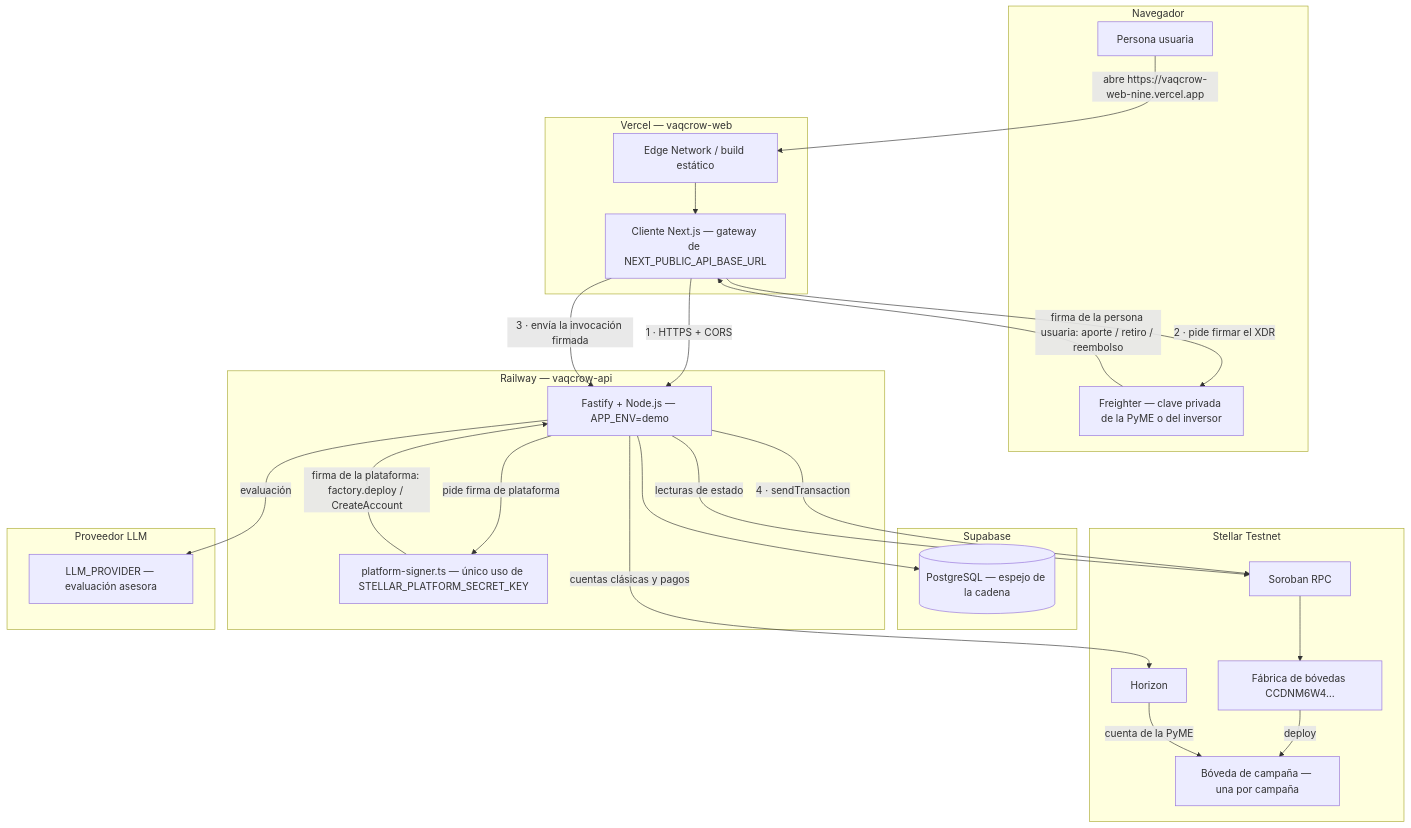
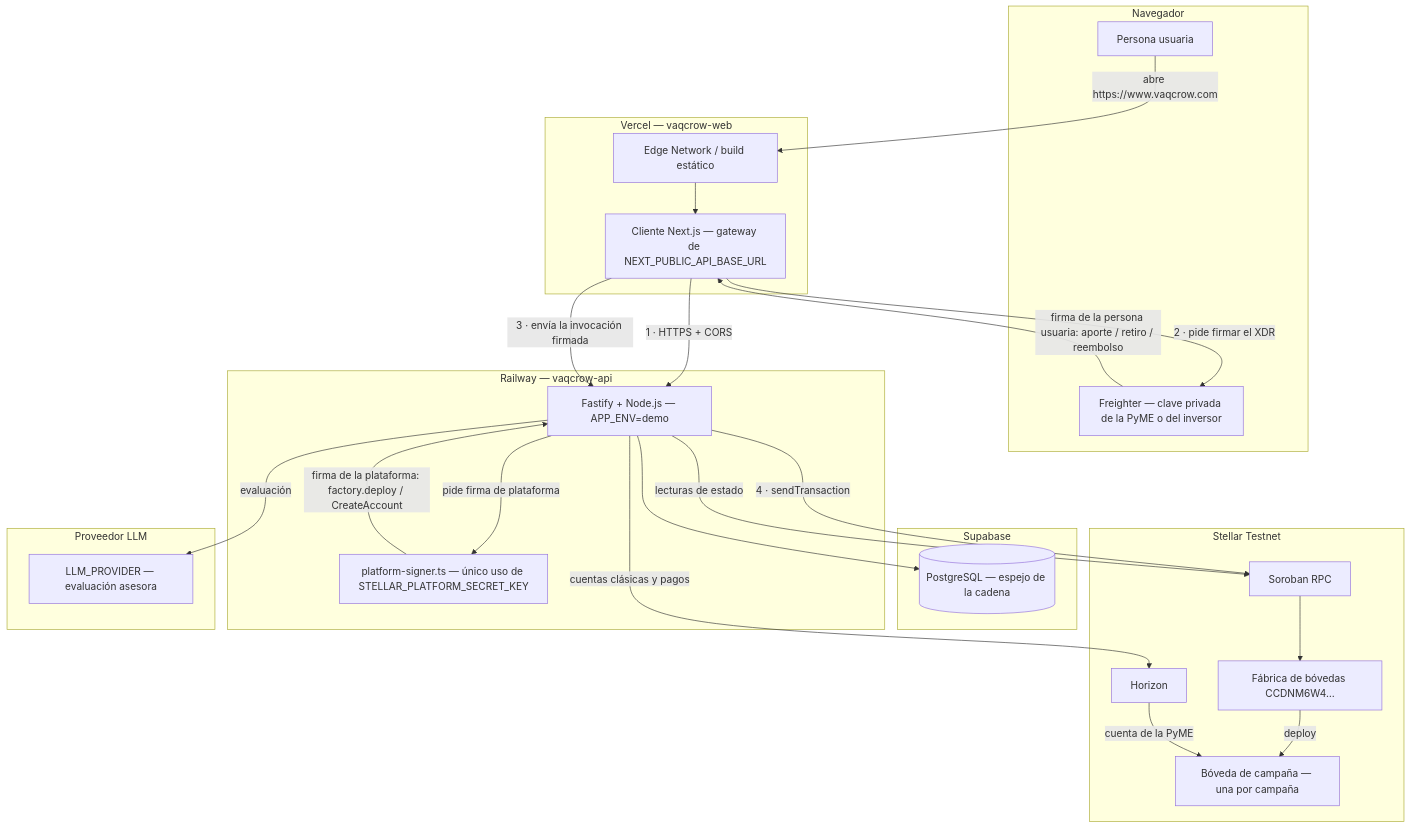
One commit to reyduar/Vaqcrow changed the diagram in docs/architecture/cloud-demo-architecture.md. Above: the diagram before and after it, drawn with Mermaid. The commit also changed other lines of this file and 4 other files, not shown here.

Commit message:
docs(architecture): name www.vaqcrow.com as the canonical web origin (#565)

````diff
--- a/docs/architecture/cloud-demo-architecture.md
+++ b/docs/architecture/cloud-demo-architecture.md
@@ -24,53 +24,53 @@
 ```mermaid
 graph TB
     subgraph "Navegador"
         USER["Persona usuaria"]
         FREIGHTER["Freighter — clave privada de la PyME o del inversor"]
     end
 
     subgraph "Vercel — vaqcrow-web"
         WEB_EDGE["Edge Network / build estático"]
         WEB_CLIENT["Cliente Next.js — gateway de NEXT_PUBLIC_API_BASE_URL"]
     end
 
     subgraph "Railway — vaqcrow-api"
         API["Fastify + Node.js — APP_ENV=demo"]
         SIGNER["platform-signer.ts — único uso de STELLAR_PLATFORM_SECRET_KEY"]
     end
 
     subgraph "Supabase"
         DB[("PostgreSQL — espejo de la cadena")]
     end
 
     subgraph "Stellar Testnet"
         RPC["Soroban RPC"]
         HORIZON["Horizon"]
         FACTORY["Fábrica de bóvedas CCDNM6W4…"]
         VAULT["Bóveda de campaña — una por campaña"]
     end
 
     subgraph "Proveedor LLM"
         LLM["LLM_PROVIDER — evaluación asesora"]
     end
 
-    USER -->|"abre https://vaqcrow-web-nine.vercel.app"| WEB_EDGE
+    USER -->|"abre https://www.vaqcrow.com"| WEB_EDGE
     WEB_EDGE --> WEB_CLIENT
 
     WEB_CLIENT -->|"1 · HTTPS + CORS"| API
     WEB_CLIENT -->|"2 · pide firmar el XDR"| FREIGHTER
     FREIGHTER -->|"firma de la persona usuaria: aporte / retiro / reembolso"| WEB_CLIENT
     WEB_CLIENT -->|"3 · envía la invocación firmada"| API
 
     API -->|"4 · sendTransaction"| RPC
     API --> DB
     API -->|"lecturas de estado"| RPC
     API -->|"cuentas clásicas y pagos"| HORIZON
     API -->|"evaluación"| LLM
 
     API -->|"pide firma de plataforma"| SIGNER
     SIGNER -->|"firma de la plataforma: factory.deploy / CreateAccount"| API
 
     RPC --> FACTORY
     FACTORY -->|"deploy"| VAULT
     HORIZON -->|"cuenta de la PyME"| VAULT
 ```
````
